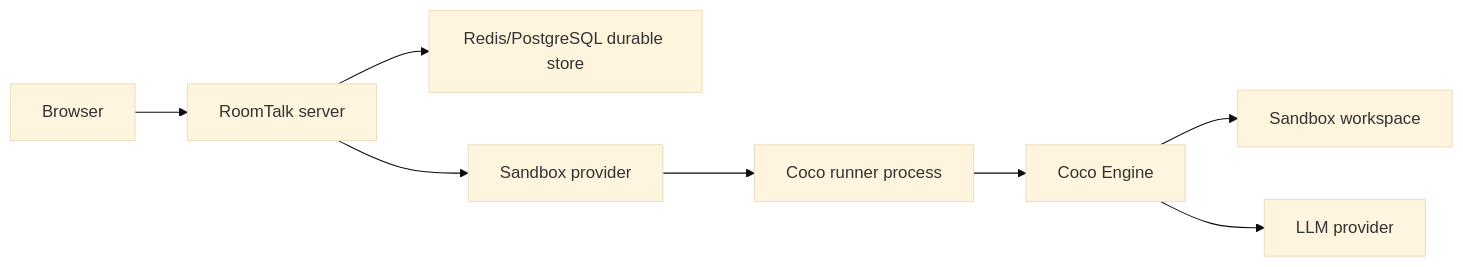
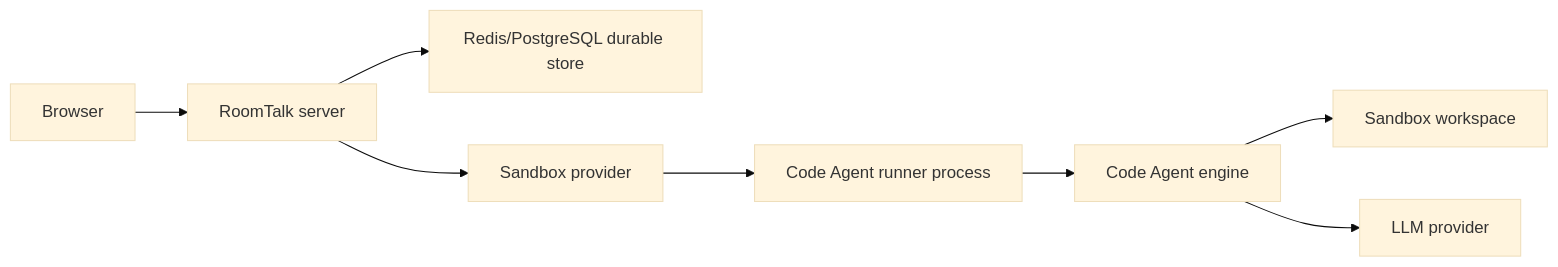
The diagram in docs/code-agent-sandbox.md (Skymore/roomtalk), drawn with Mermaid (base theme) before and after one commit. The commit also changed other lines of this file and 207 other files, not shown here.

Commit message:
code-agent: migrate coco naming

````diff
--- a/docs/code-agent-sandbox.md
+++ b/docs/code-agent-sandbox.md
@@ -84,10 +84,10 @@
 ```mermaid
 flowchart LR
   U["Browser"] --> RT["RoomTalk server"]
   RT --> DB["Redis/PostgreSQL durable store"]
   RT --> SB["Sandbox provider"]
-  SB --> CR["Coco runner process"]
-  CR --> CE["Coco Engine"]
+  SB --> CR["Code Agent runner process"]
+  CR --> CE["Code Agent engine"]
   CE --> FS["Sandbox workspace"]
   CE --> LLM["LLM provider"]
 ```
````
